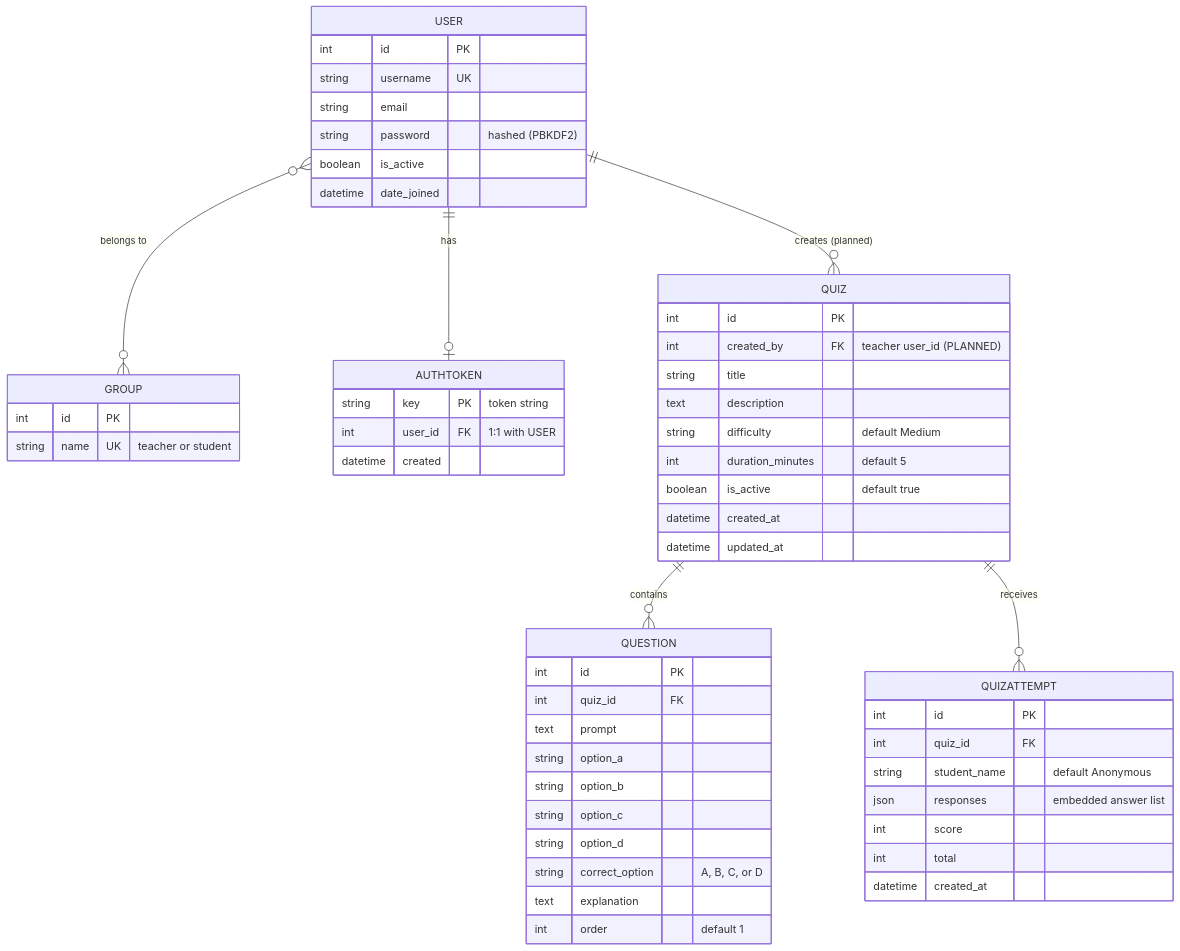
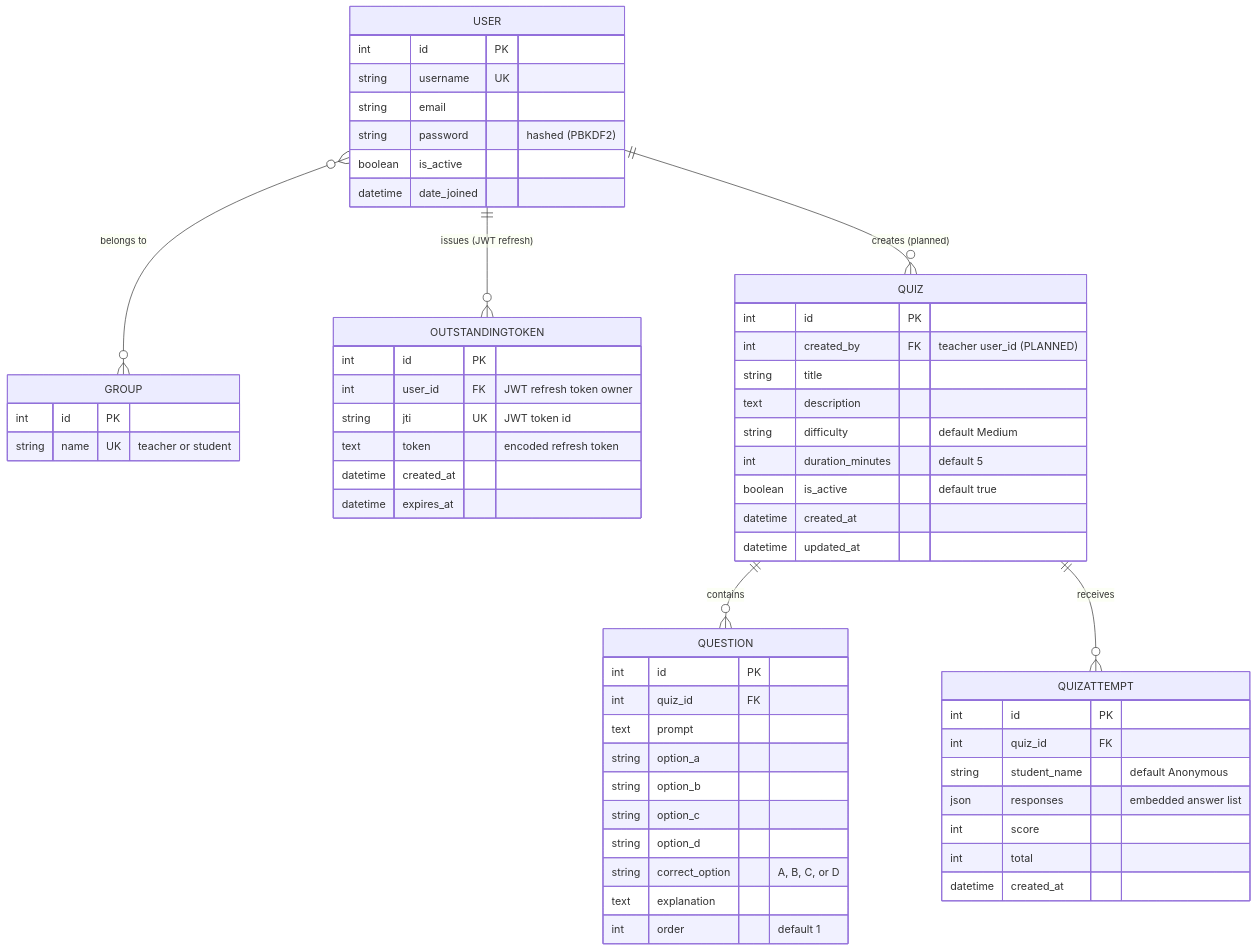
One commit to theuglyhaxor/CSE4204-8D-T04-SMART-QUIZ-GENERATOR changed the diagram in diagrams/CSE4204-8D-T04_ER-DIAGRAM.md. Above: the diagram before and after it, drawn with Mermaid. The commit also changed other lines of this file and 63 other files, not shown here.

````diff
--- a/diagrams/CSE4204-8D-T04_ER-DIAGRAM.md
+++ b/diagrams/CSE4204-8D-T04_ER-DIAGRAM.md
@@ -24,63 +24,66 @@
 ```mermaid
 erDiagram
     USER }o--o{ GROUP : "belongs to"
-    USER ||--o| AUTHTOKEN : "has"
+    USER ||--o{ OUTSTANDINGTOKEN : "issues (JWT refresh)"
     USER ||--o{ QUIZ : "creates (planned)"
     QUIZ ||--o{ QUESTION : "contains"
     QUIZ ||--o{ QUIZATTEMPT : "receives"
 
     USER {
         int id PK
         string username UK
         string email
         string password "hashed (PBKDF2)"
         boolean is_active
         datetime date_joined
     }
 
     GROUP {
         int id PK
         string name UK "teacher or student"
     }
 
-    AUTHTOKEN {
-        string key PK "token string"
-        int user_id FK "1:1 with USER"
-        datetime created
+    OUTSTANDINGTOKEN {
+        int id PK
+        int user_id FK "JWT refresh token owner"
+        string jti UK "JWT token id"
+        text token "encoded refresh token"
+        datetime created_at
+        datetime expires_at
     }
 
     QUIZ {
         int id PK
         int created_by FK "teacher user_id (PLANNED)"
         string title
         text description
         string difficulty "default Medium"
         int duration_minutes "default 5"
         boolean is_active "default true"
         datetime created_at
         datetime updated_at
     }
 
     QUESTION {
         int id PK
         int quiz_id FK
         text prompt
         string option_a
         string option_b
         string option_c
         string option_d
         string correct_option "A, B, C, or D"
         text explanation
         int order "default 1"
     }
 
     QUIZATTEMPT {
         int id PK
         int quiz_id FK
         string student_name "default Anonymous"
         json responses "embedded answer list"
         int score
         int total
         datetime created_at
     }
 ```
````
